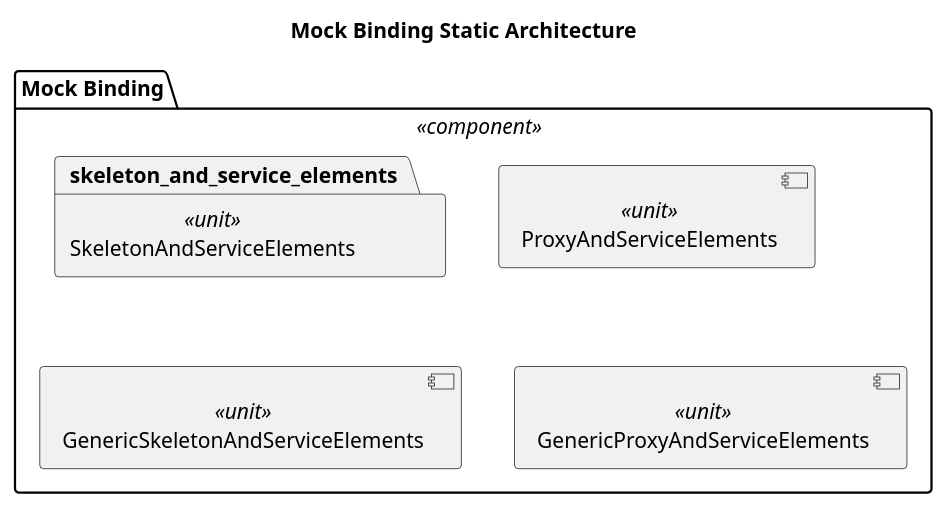
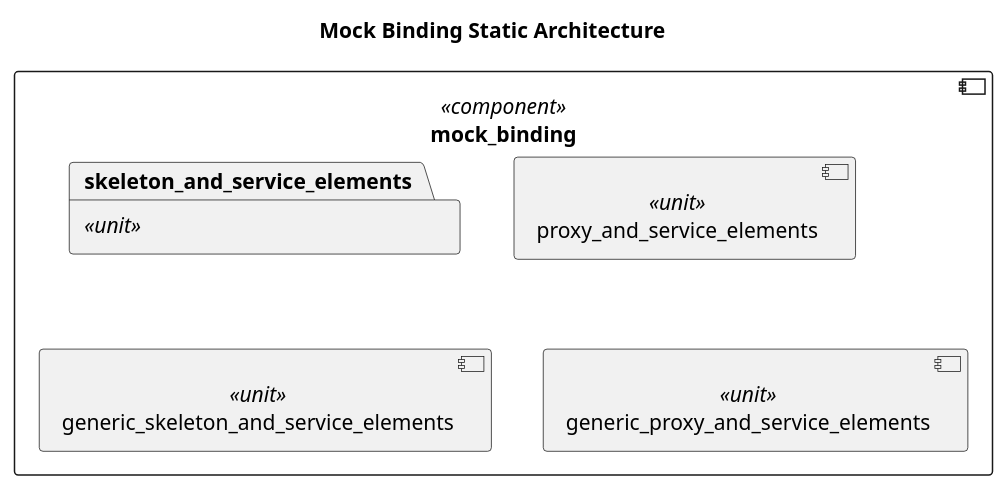
The diagram in score/mw/com/dependability/architectural_design/static_design/mock_binding.puml (eclipse-score/communication), drawn with PlantUML before and after one commit. The commit also changed 20 other files, not shown here.

```diff
--- a/score/mw/com/dependability/architectural_design/static_design/mock_binding.puml
+++ b/score/mw/com/dependability/architectural_design/static_design/mock_binding.puml
@@ -13,14 +13,14 @@
 @startuml safety_sentinel_mock_binding_design
 title "Mock Binding Static Architecture"
 
-package "Mock Binding" as mock_binding <<component>> {
-  package "SkeletonAndServiceElements" as skeleton_and_service_elements <<unit>>  
+component mock_binding <<component>> {
+  package skeleton_and_service_elements <<unit>>  
 
-  component "ProxyAndServiceElements" as proxy_and_service_elements <<unit>>  
+  component proxy_and_service_elements <<unit>>  
 
-  component "GenericSkeletonAndServiceElements" as generic_skeleton_and_service_elements <<unit>>  
+  component generic_skeleton_and_service_elements <<unit>>  
 
-  component "GenericProxyAndServiceElements" as generic_proxy_and_service_elements <<unit>>  
+  component generic_proxy_and_service_elements <<unit>>  
 }
 
 @enduml
```
